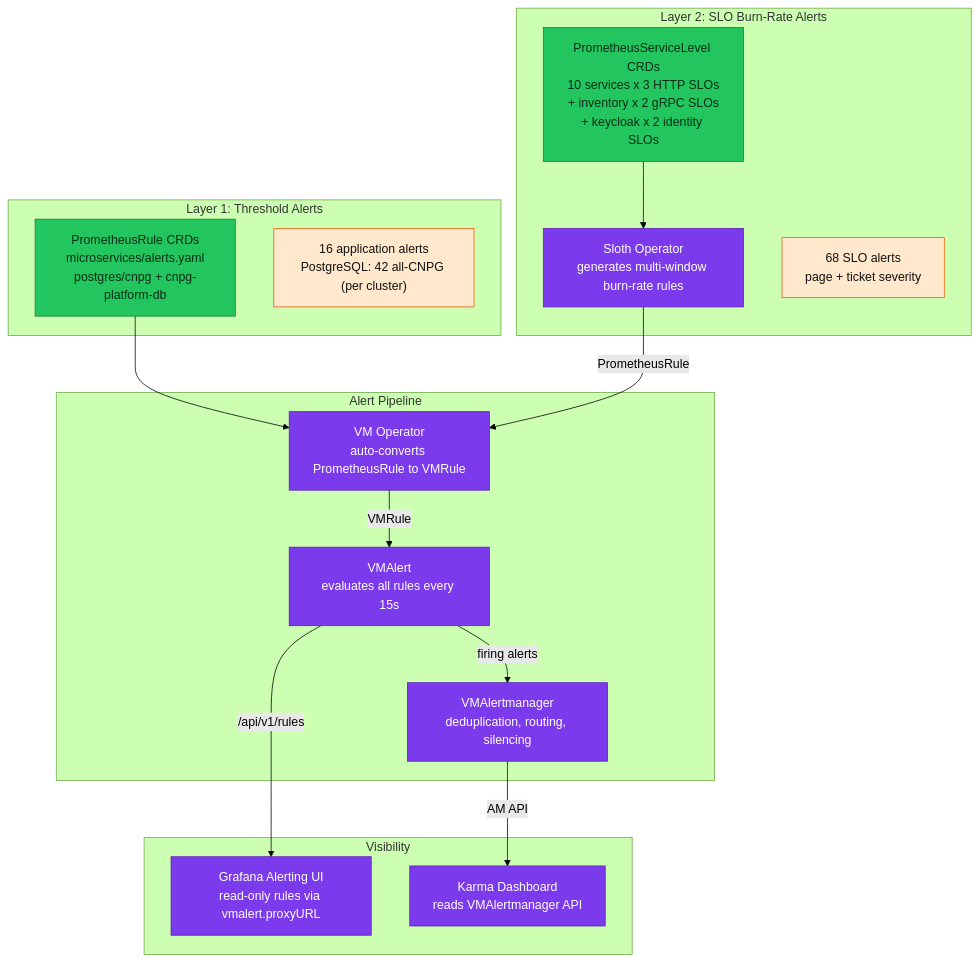
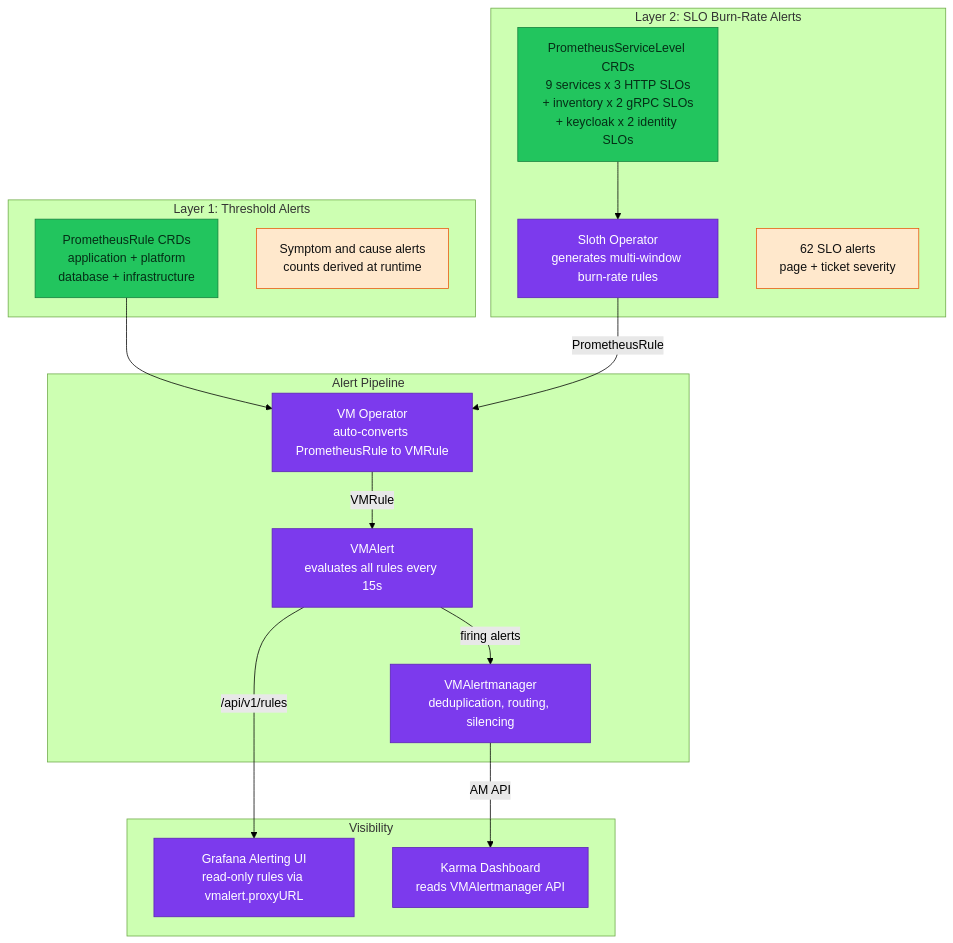
The second of 3 diagrams in docs/observability/alerting/README.md (duynhlab/homelab), drawn with Mermaid (forest theme) before and after one commit. The commit also changed other lines of this file and 41 other files, not shown here.

````diff
--- a/docs/observability/alerting/README.md
+++ b/docs/observability/alerting/README.md
@@ -101,43 +108,43 @@
 ```mermaid
 flowchart TD
     subgraph layer1 ["Layer 1: Threshold Alerts"]
-        PR1["PrometheusRule CRDs<br/>microservices/alerts.yaml<br/>postgres/cnpg + cnpg-platform-db"]
-        T1["16 application alerts<br/>PostgreSQL: 42 all-CNPG (per cluster)"]
+        PR1["PrometheusRule CRDs<br/>application + platform<br/>database + infrastructure"]
+        T1["Symptom and cause alerts<br/>counts derived at runtime"]
     end
 
     subgraph layer2 ["Layer 2: SLO Burn-Rate Alerts"]
-        PSL["PrometheusServiceLevel CRDs<br/>10 services x 3 HTTP SLOs<br/>+ inventory x 2 gRPC SLOs<br/>+ keycloak x 2 identity SLOs"]
+        PSL["PrometheusServiceLevel CRDs<br/>9 services x 3 HTTP SLOs<br/>+ inventory x 2 gRPC SLOs<br/>+ keycloak x 2 identity SLOs"]
         Sloth["Sloth Operator<br/>generates multi-window burn-rate rules"]
-        T2["68 SLO alerts<br/>page + ticket severity"]
+        T2["62 SLO alerts<br/>page + ticket severity"]
     end
 
     subgraph pipeline ["Alert Pipeline"]
         VMOp["VM Operator<br/>auto-converts PrometheusRule to VMRule"]
         VMAlert["VMAlert<br/>evaluates all rules every 15s"]
         VMAM["VMAlertmanager<br/>deduplication, routing, silencing"]
     end
 
     subgraph viz [Visibility]
         Grafana["Grafana Alerting UI<br/>read-only rules via vmalert.proxyURL"]
         Karma["Karma Dashboard<br/>reads VMAlertmanager API"]
     end
 
     PR1 --> VMOp
     PSL --> Sloth
     Sloth -->|"PrometheusRule"| VMOp
     VMOp -->|"VMRule"| VMAlert
     VMAlert -->|"firing alerts"| VMAM
     VMAlert -->|"/api/v1/rules"| Grafana
     VMAM -->|"AM API"| Karma
 
     classDef service fill:#06b6d4,color:#082f49,stroke:#0e7490;
     classDef platform fill:#7c3aed,color:#fff,stroke:#5b21b6;
     classDef external fill:#64748b,color:#fff,stroke:#334155;
     classDef metric fill:#ffe8cc,color:#111,stroke:#e8590c;
     classDef collector fill:#a5d8ff,color:#111,stroke:#1971c2;
     classDef data fill:#22c55e,color:#052e16,stroke:#15803d;
     classDef planned fill:#fff,color:#475569,stroke:#64748b,stroke-dasharray:5 5;
     class PR1,PSL data;
     class VMOp,Sloth,VMAlert,VMAM,Grafana,Karma platform;
     class T1,T2 metric;
 ```
````
